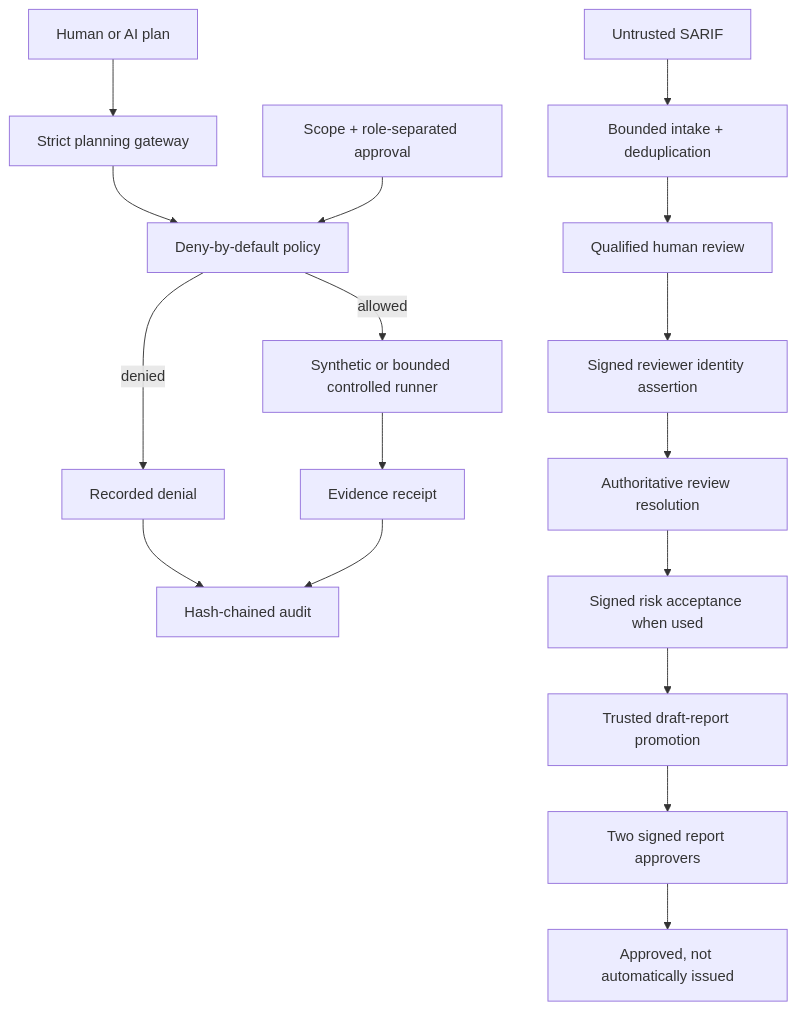
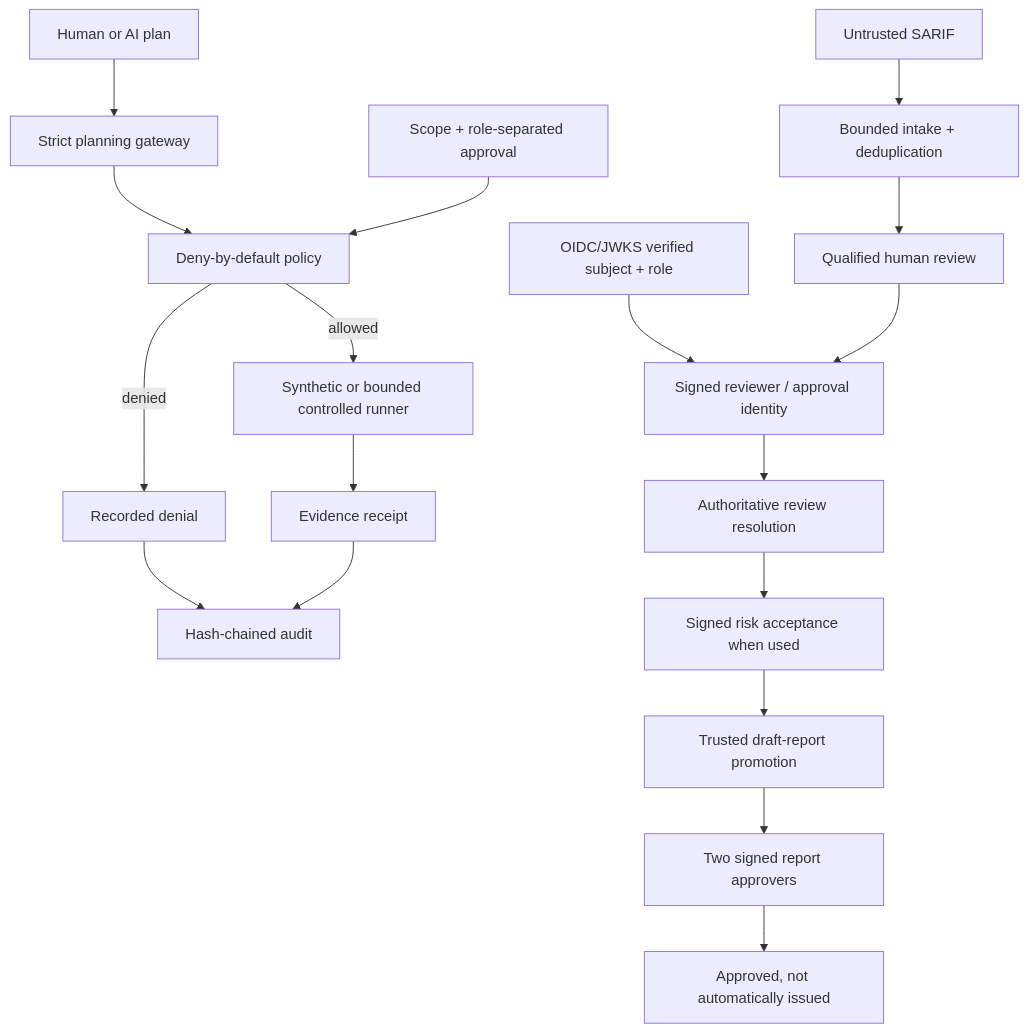
Before and after one commit to bilgekayali/finredops: the diagram in README.md, drawn with Mermaid. The commit also changed other lines of this file, not shown here.

Commit message:
docs: surface v0.7.2 OIDC identity without dropping assurance coverage

````diff
--- a/README.md
+++ b/README.md
@@ -46,19 +46,20 @@
 ```mermaid
 flowchart TD
     A["Human or AI plan"] --> B["Strict planning gateway"]
     B --> C["Deny-by-default policy"]
     D["Scope + role-separated approval"] --> C
     C -->|allowed| E["Synthetic or bounded controlled runner"]
     C -->|denied| F["Recorded denial"]
     E --> G["Evidence receipt"]
     F --> H["Hash-chained audit"]
     G --> H
     I["Untrusted SARIF"] --> J["Bounded intake + deduplication"]
     J --> K["Qualified human review"]
-    K --> L["Signed reviewer identity assertion"]
+    O["OIDC/JWKS verified subject + role"] --> L["Signed reviewer / approval identity"]
+    K --> L
     L --> N["Authoritative review resolution"]
     N --> R["Signed risk acceptance when used"]
     R --> M["Trusted draft-report promotion"]
     M --> P["Two signed report approvers"]
     P --> Q["Approved, not automatically issued"]
 ```
````
